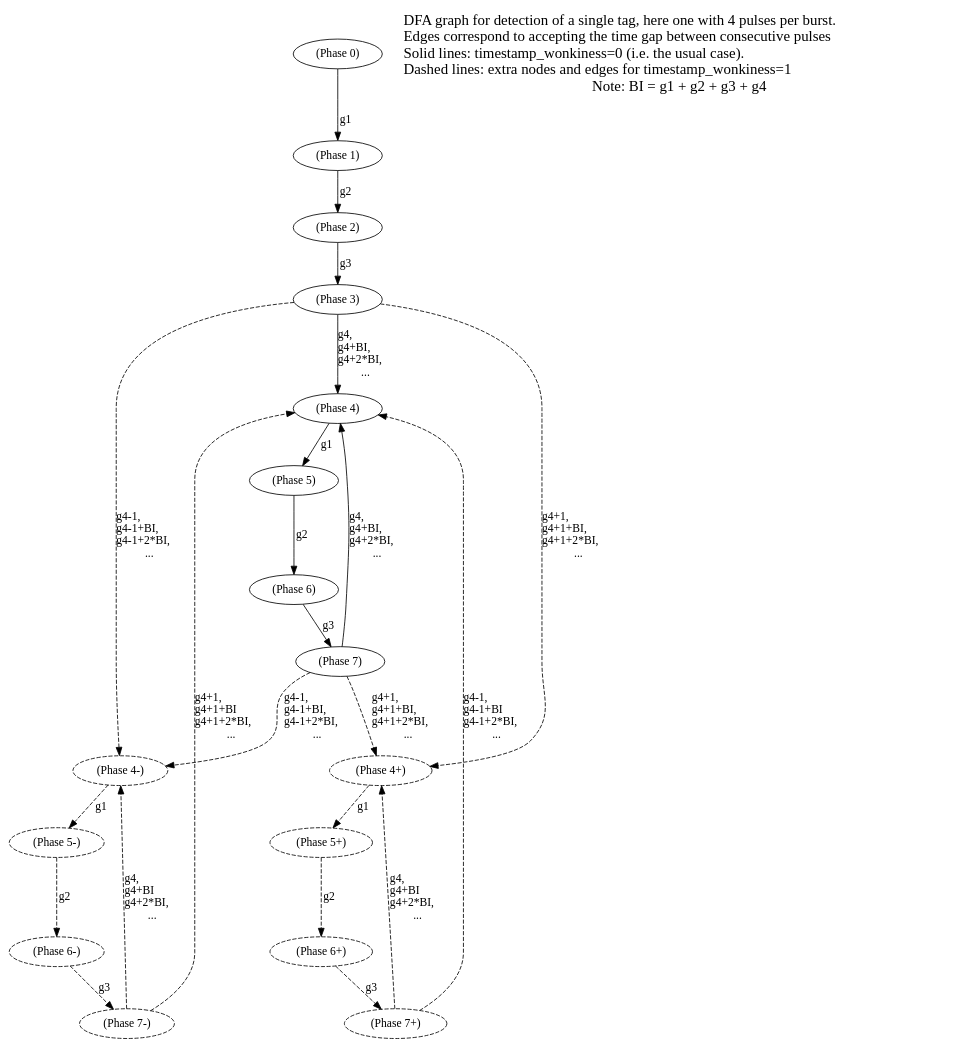
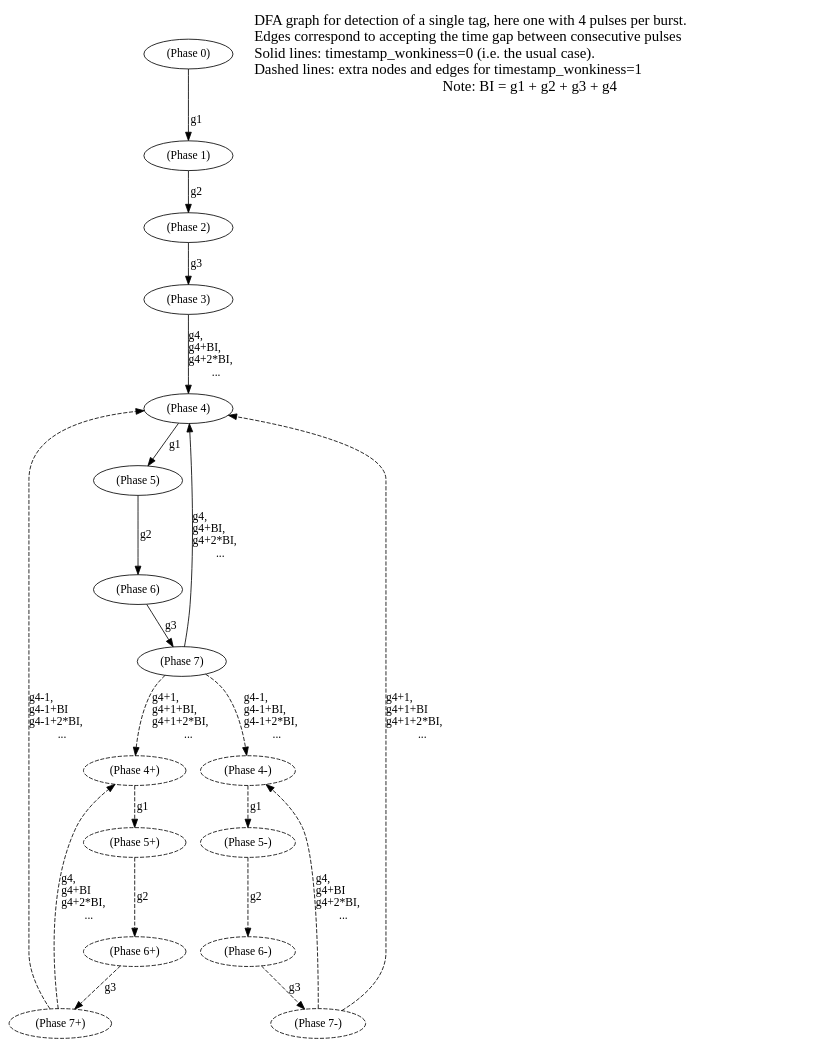
The diagram in dfa_graph.dot (jbrzusto/find_tags), drawn with Graphviz before and after one commit. The commit also changed 8 other files, not shown here.

First line of the commit message:
move support for time_wonkiness to the DFA graph

```diff
--- a/dfa_graph.dot
+++ b/dfa_graph.dot
@@ -1,45 +1,53 @@
 digraph dfa_graph {
         subgraph normal {
                 n0 [label="(Phase 0)"];
                 n1 [label="(Phase 1)"];
                 n2 [label="(Phase 2)"];
                 n3 [label="(Phase 3)"];
                 n4 [label="(Phase 4)"];
                 n5 [label="(Phase 5)"];
                 n6 [label="(Phase 6)"];
                 n7 [label="(Phase 7)"];
                 n0->n1 [label="g1"];
                 n1->n2 [label="g2"];
                 n2->n3 [label="g3"];
                 n3->n4 [label="g4,\lg4+BI,\lg4+2*BI,\l..."]
                 n4->n5 [label="g1"];
                 n5->n6 [label="g2"];
                 n6->n7 [label="g3"];
                 n7->n4 [label="g4,\lg4+BI,\lg4+2*BI,\l..."]
         }
         subgraph wonky {
                 n4p [label="(Phase 4+)", style="dashed"];
                 n5p [label="(Phase 5+)", style="dashed"];
                 n6p [label="(Phase 6+)", style="dashed"];
                 n7p [label="(Phase 7+)", style="dashed"];
                 n4m [label="(Phase 4-)", style="dashed"];
                 n5m [label="(Phase 5-)", style="dashed"];
                 n6m [label="(Phase 6-)", style="dashed"];
                 n7m [label="(Phase 7-)", style="dashed"];
-                n3->n4p [label="g4+1,\lg4+1+BI,\lg4+1+2*BI,\l...", style="dashed", center=1]
-                n3->n4m [label="g4-1,\lg4-1+BI,\lg4-1+2*BI,\l...", style="dashed", center=1]
+
+                ##
+                ## Omit skip edges from the node at n3, since otherwise n4m and n4p might not
+                ## be nodes with a single TagPhase (i.e. there might be another tag with
+                ## BI exactly 1s less or 1s more than this tag).
+                ##
+                ## n3->n4p [label="g4+1,\lg4+1+BI,\lg4+1+2*BI,\l...", style="dashed", center=1]
+                ## n3->n4m [label="g4-1,\lg4-1+BI,\lg4-1+2*BI,\l...", style="dashed", center=1]
+                ##
+
                 n7->n4p [label="g4+1,\lg4+1+BI,\lg4+1+2*BI,\l...", style="dashed", center=1]
                 n7->n4m [label="g4-1,\lg4-1+BI,\lg4-1+2*BI,\l...", style="dashed", center=1]
                 n4p->n5p [label="g1", style="dashed"];
                 n5p->n6p [label="g2", style="dashed"];
                 n6p->n7p [label="g3", style="dashed"];
                 n4m->n5m [label="g1", style="dashed"];
                 n5m->n6m [label="g2", style="dashed"];
                 n6m->n7m [label="g3", style="dashed"];
                 n7p ->n4p [label="g4,\lg4+BI\lg4+2*BI,\l...", style="dashed", center=1]
                 n7p->n4 [label="g4-1,\lg4-1+BI\lg4-1+2*BI,\l...", style="dashed", center=1]
                 n7m ->n4m [label="g4,\lg4+BI\lg4+2*BI,\l...", style="dashed", center=1]
                 n7m ->n4 [label="g4+1,\lg4+1+BI\lg4+1+2*BI,\l...", style="dashed", center=1]
         }
         title [label="DFA graph for detection of a single tag, here one with 4 pulses per burst.\lEdges correspond to accepting the time gap between consecutive pulses\lSolid lines: timestamp_wonkiness=0 (i.e. the usual case).\lDashed lines: extra nodes and edges for timestamp_wonkiness=1\lNote: BI = g1 + g2 + g3 + g4", shape=none, fontsize=18];
 }
```
